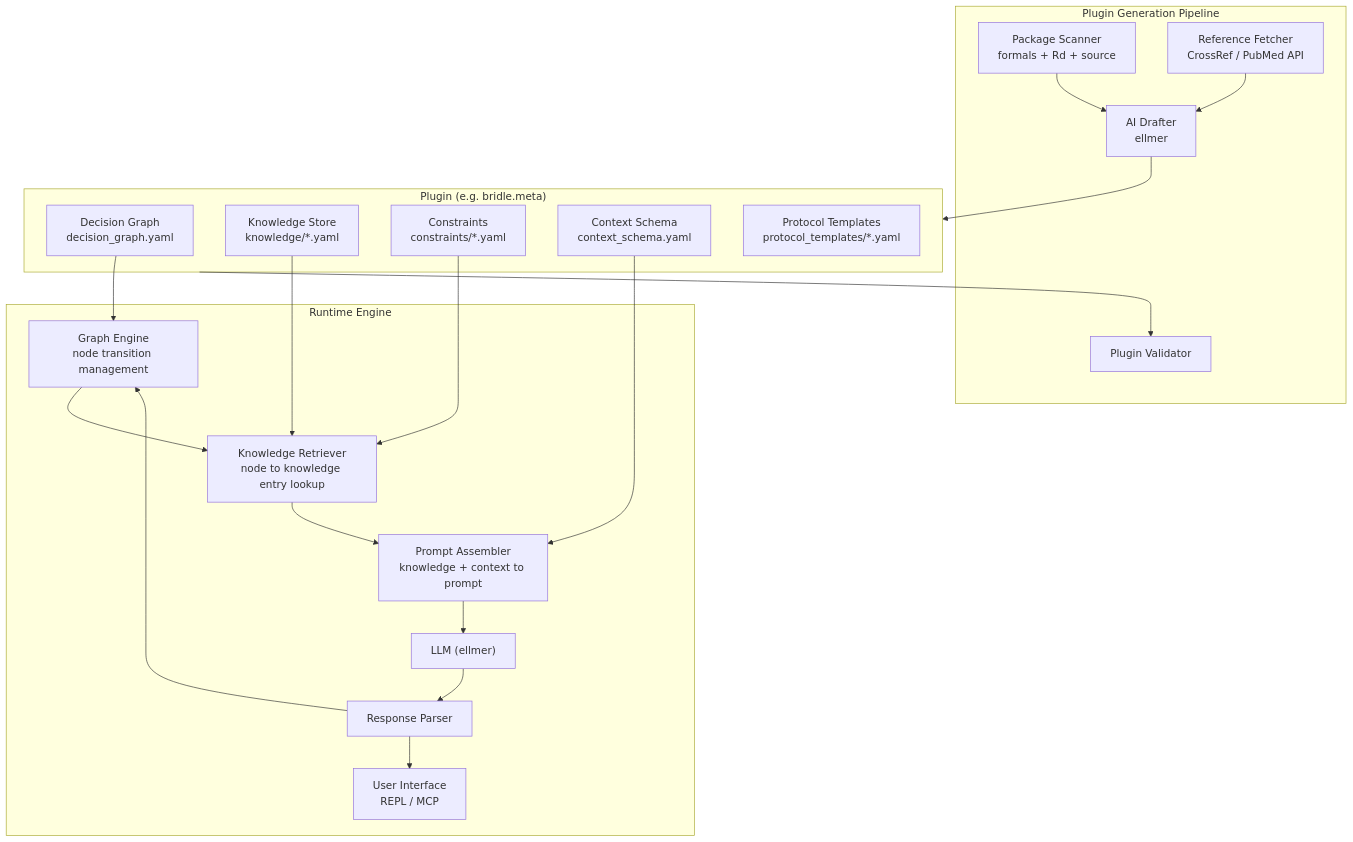
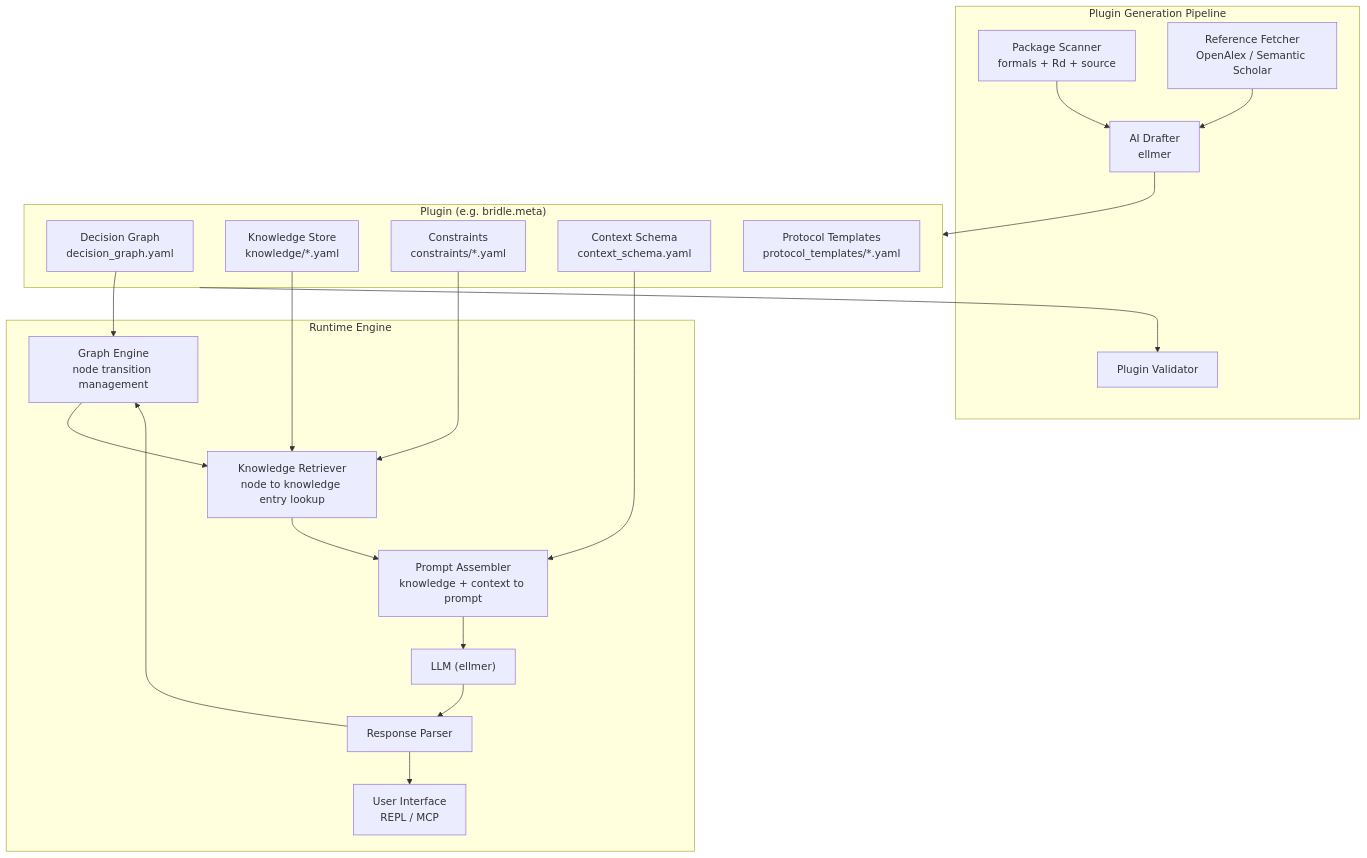
One commit to k-shibuki/bridle changed the diagram in README.md. Above: the diagram before and after it, drawn with Mermaid. The commit also changed other lines of this file and 29 other files, not shown here.

First line of the commit message:
feat(fetch_references): replace CrossRef/PubMed with OpenAlex + Semantic Scholar (#141)

````diff
--- a/README.md
+++ b/README.md
@@ -24,42 +24,42 @@
 ```mermaid
 graph TB
   subgraph pipeline ["Plugin Generation Pipeline"]
     scanner["Package Scanner<br/>formals + Rd + source"]
-    fetcher["Reference Fetcher<br/>CrossRef / PubMed API"]
+    fetcher["Reference Fetcher<br/>OpenAlex / Semantic Scholar"]
     drafter["AI Drafter<br/>ellmer"]
     validator["Plugin Validator"]
   end
 
   subgraph plugin ["Plugin (e.g. bridle.meta)"]
     decisionGraph["Decision Graph<br/>decision_graph.yaml"]
     knowledge["Knowledge Store<br/>knowledge/*.yaml"]
     constraints["Constraints<br/>constraints/*.yaml"]
     context["Context Schema<br/>context_schema.yaml"]
     protocol["Protocol Templates<br/>protocol_templates/*.yaml"]
   end
 
   subgraph runtime ["Runtime Engine"]
     graphEngine["Graph Engine<br/>node transition management"]
     retriever["Knowledge Retriever<br/>node to knowledge entry lookup"]
     assembler["Prompt Assembler<br/>knowledge + context to prompt"]
     llm["LLM (ellmer)"]
     parser["Response Parser"]
     ui["User Interface<br/>REPL / MCP"]
   end
 
   scanner --> drafter
   fetcher --> drafter
   drafter --> plugin
   plugin --> validator
 
   decisionGraph --> graphEngine
   graphEngine --> retriever
   knowledge --> retriever
   constraints --> retriever
   retriever --> assembler
   context --> assembler
   assembler --> llm
   llm --> parser
   parser --> graphEngine
   parser --> ui
 ```
````
